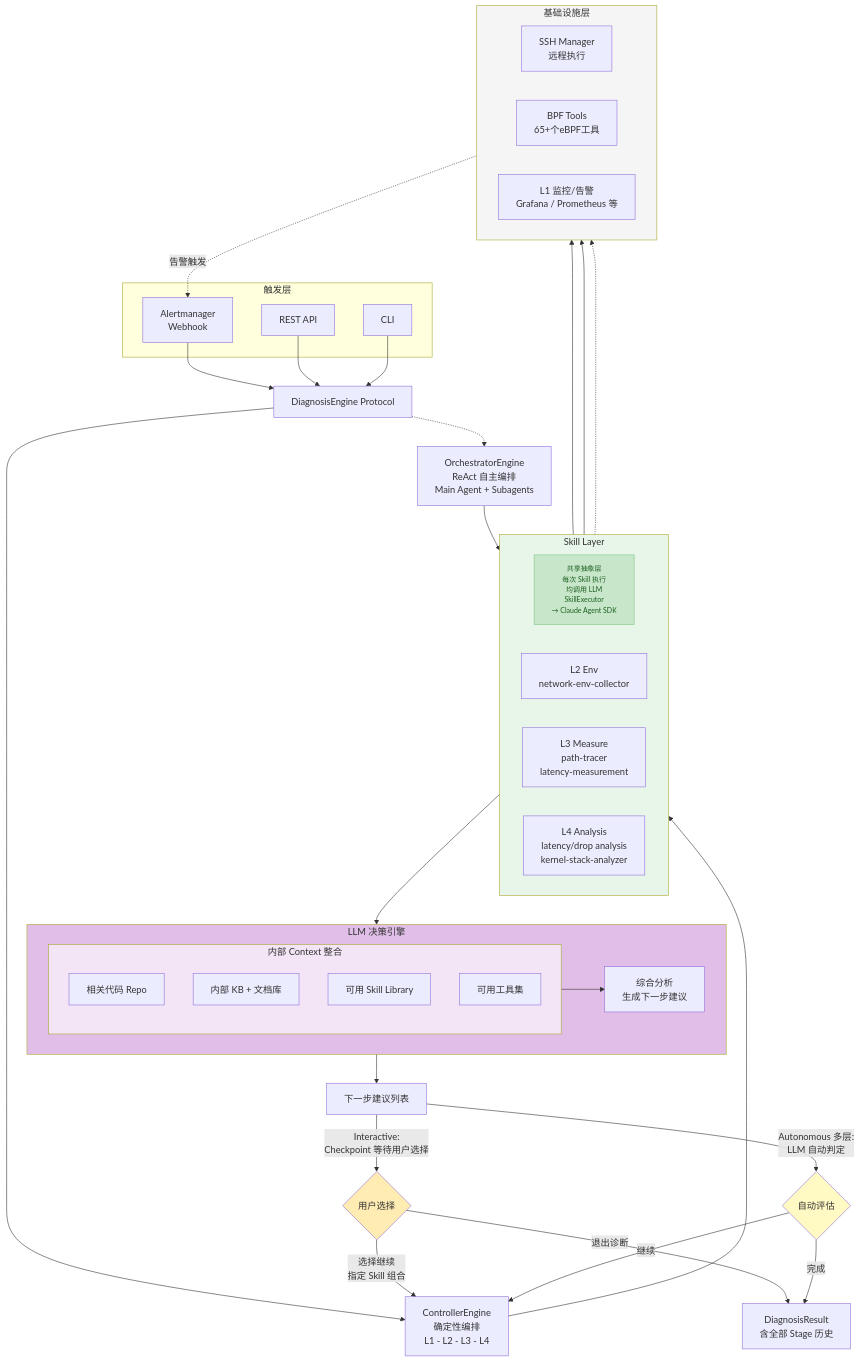
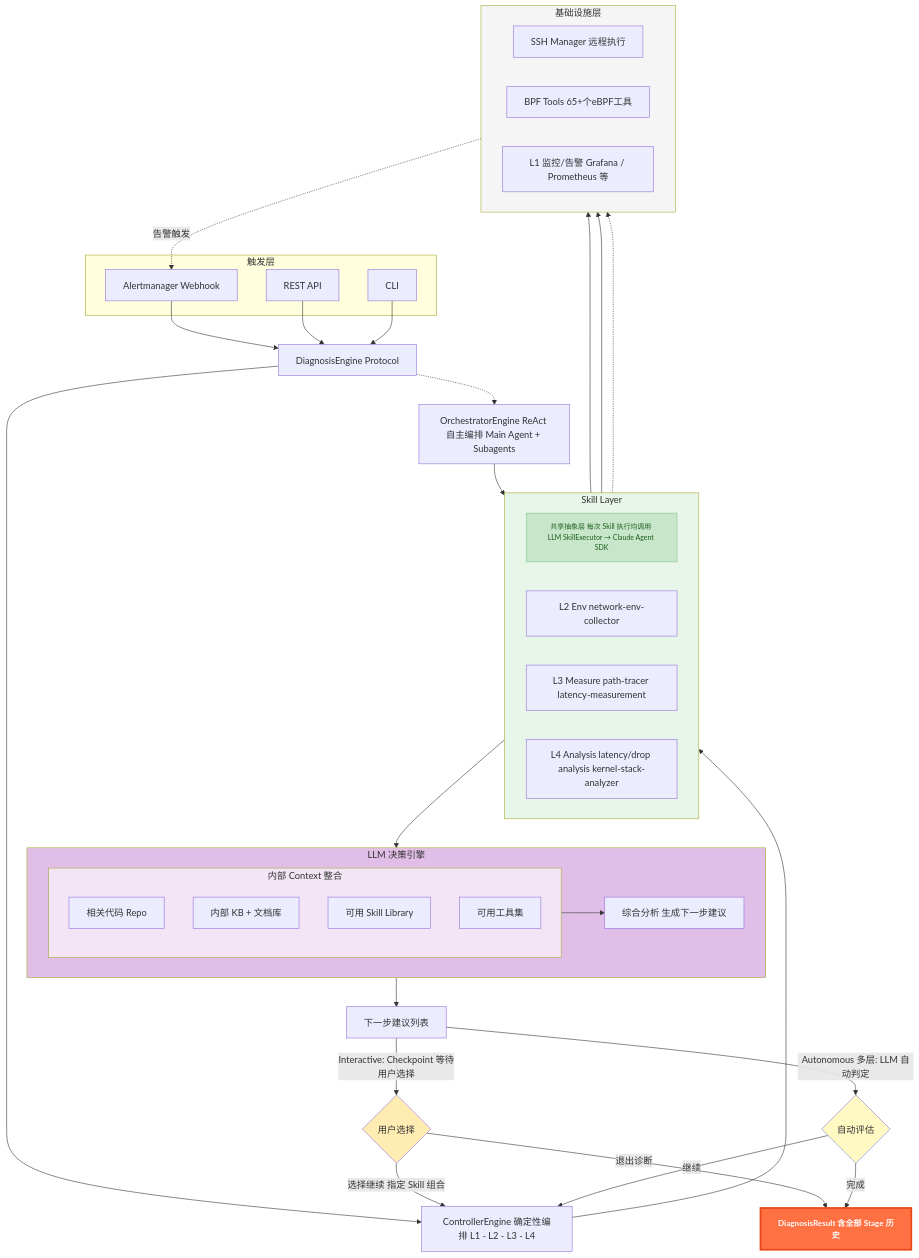
Before and after one commit to everoute/NetSherlock: the third of 14 diagrams in docs/hackathon-presentation.md, drawn with Mermaid.

````diff
--- a/docs/hackathon-presentation.md
+++ b/docs/hackathon-presentation.md
@@ -147,71 +147,72 @@
 ```mermaid
 graph TD
     subgraph Triggers["触发层"]
-        AM["Alertmanager\nWebhook"]
+        AM["Alertmanager Webhook"]
         API["REST API"]
         CLI["CLI"]
     end
 
     AM & API & CLI --> DE["DiagnosisEngine Protocol"]
 
-    DE -.-> OE["OrchestratorEngine\nReAct 自主编排\nMain Agent + Subagents"]
-    DE --> CE["ControllerEngine\n确定性编排\nL1 - L2 - L3 - L4"]
+    DE -.-> OE["OrchestratorEngine ReAct 自主编排 Main Agent + Subagents"]
+    DE --> CE["ControllerEngine 确定性编排 L1 - L2 - L3 - L4"]
 
     OE --> SL
     CE --> SL
 
     subgraph SL["Skill Layer"]
         direction LR
-        SLDesc["共享抽象层\n每次 Skill 执行\n均调用 LLM\nSkillExecutor\n→ Claude Agent SDK"]:::desc
-        S1["L2 Env\nnetwork-env-collector"]
-        S2["L3 Measure\npath-tracer\nlatency-measurement"]
-        S3["L4 Analysis\nlatency/drop analysis\nkernel-stack-analyzer"]
+        SLDesc["共享抽象层 每次 Skill 执行均调用 LLM SkillExecutor → Claude Agent SDK"]:::desc
+        S1["L2 Env network-env-collector"]
+        S2["L3 Measure path-tracer latency-measurement"]
+        S3["L4 Analysis latency/drop analysis kernel-stack-analyzer"]
     end
 
     SL --> LLM
 
     subgraph LLM["LLM 决策引擎"]
         direction LR
-        LLMCore["综合分析\n生成下一步建议"]
+        LLMCore["综合分析 生成下一步建议"]
         subgraph Context["内部 Context 整合"]
             direction TB
             CTX1["相关代码 Repo"]
             CTX2["内部 KB + 文档库"]
             CTX3["可用 Skill Library"]
             CTX4["可用工具集"]
         end
         Context --> LLMCore
     end
 
     LLMCore --> Suggest["下一步建议列表"]
 
-    Suggest -->|"Interactive:\nCheckpoint 等待用户选择"| UserChoice{"用户选择"}
-    UserChoice -->|"选择继续\n指定 Skill 组合"| CE
+    Suggest -->|"Interactive: Checkpoint 等待用户选择"| UserChoice{"用户选择"}
+    UserChoice -->|"选择继续 指定 Skill 组合"| CE
     UserChoice -->|"退出诊断"| Result
 
-    Suggest -->|"Autonomous 多层:\nLLM 自动判定"| AutoDecide{"自动评估"}
+    Suggest -->|"Autonomous 多层: LLM 自动判定"| AutoDecide{"自动评估"}
     AutoDecide -->|"继续"| CE
     AutoDecide -->|"完成"| Result
 
-    Result["DiagnosisResult\n含全部 Stage 历史"]
+    Result["DiagnosisResult 含全部 Stage 历史"]:::result
 
     S1 & S2 --> Infra
     S3 -.-> Infra
 
     subgraph Infra["基础设施层"]
         direction LR
-        SSH["SSH Manager\n远程执行"]
-        BPF["BPF Tools\n65+个eBPF工具"]
-        L1Mon["L1 监控/告警\nGrafana / Prometheus 等"]
+        SSH["SSH Manager 远程执行"]
+        BPF["BPF Tools 65+个eBPF工具"]
+        L1Mon["L1 监控/告警 Grafana / Prometheus 等"]
     end
 
     L1Mon -.->|"告警触发"| AM
 
     classDef desc fill:#c8e6c9,stroke:#81c784,color:#1b5e20,font-size:12px
+    classDef result fill:#ff7043,stroke:#e64a19,color:#fff,stroke-width:3px,font-weight:bold,font-size:14px
     style SL fill:#e8f5e9
     style LLM fill:#e1bee7
     style Context fill:#f3e5f5
     style Infra fill:#f5f5f5
     style UserChoice fill:#ffecb3
     style AutoDecide fill:#fff9c4
 ```
````
